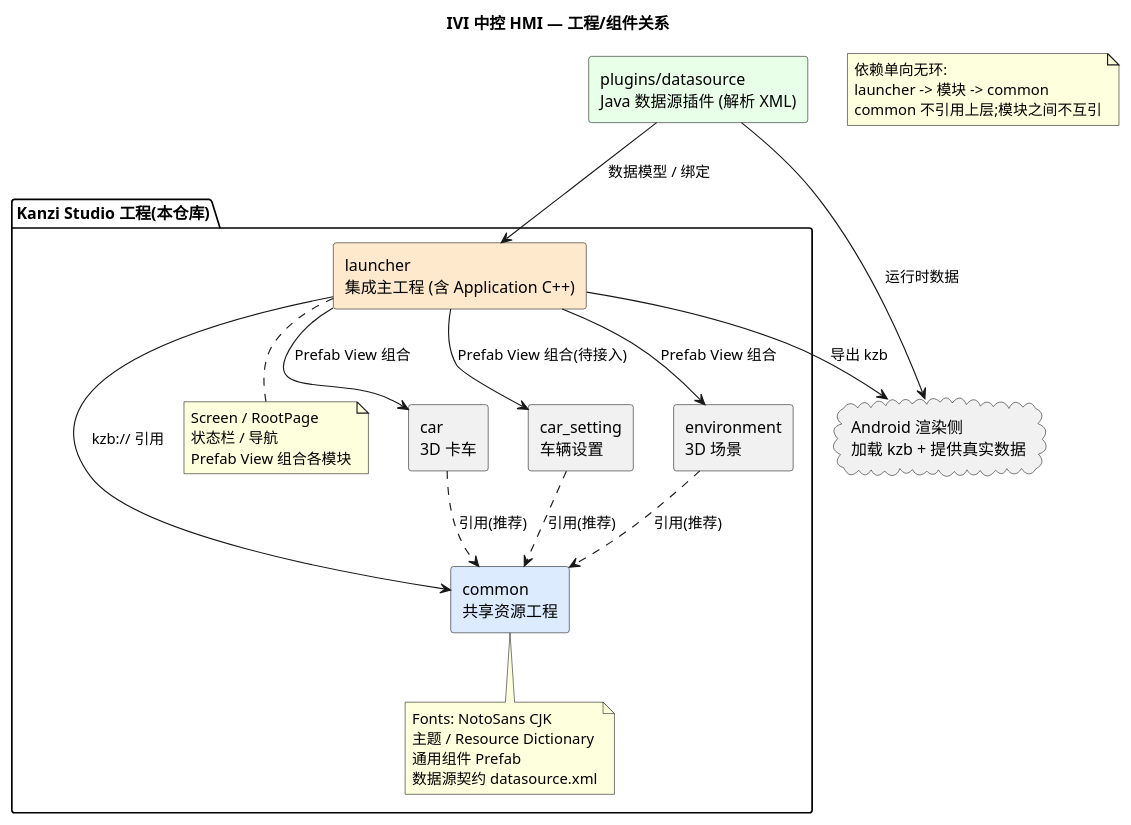
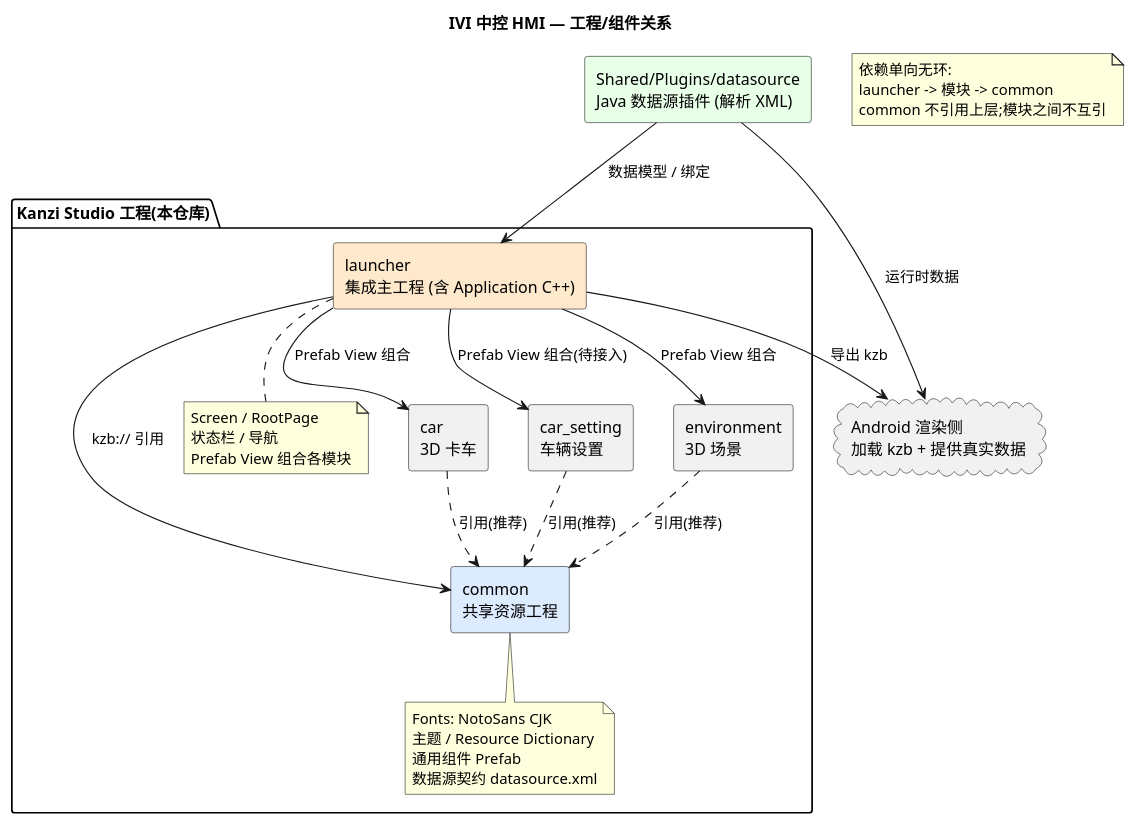
The diagram in docs/diagrams/architecture-overview.puml (ganlong-2016/kanzi_project), drawn with PlantUML before and after one commit. The commit also changed 35 other files, not shown here.

```diff
--- a/docs/diagrams/architecture-overview.puml
+++ b/docs/diagrams/architecture-overview.puml
@@ -1,54 +1,54 @@
 @startuml architecture-overview
 title IVI 中控 HMI — 工程/组件关系
 
 skinparam componentStyle rectangle
 skinparam shadowing false
 skinparam rectangle {
   BorderColor #4D8BFF
 }
 
 package "Kanzi Studio 工程(本仓库)" {
 
   component "common\n共享资源工程" as common #DDEBFF
   note bottom of common
     Fonts: NotoSans CJK
     主题 / Resource Dictionary
     通用组件 Prefab
     数据源契约 datasource.xml
   end note
 
   component "launcher\n集成主工程 (含 Application C++)" as launcher #FFE9CC
   note bottom of launcher
     Screen / RootPage
     状态栏 / 导航
     Prefab View 组合各模块
   end note
 
   component "car\n3D 卡车" as car
   component "car_setting\n车辆设置" as car_setting
   component "environment\n3D 场景" as environment
 }
 
-component "plugins/datasource\nJava 数据源插件 (解析 XML)" as plugin #E8FFE8
+component "Shared/Plugins/datasource\nJava 数据源插件 (解析 XML)" as plugin #E8FFE8
 cloud "Android 渲染侧\n加载 kzb + 提供真实数据" as android
 
 launcher --> common : kzb:// 引用
 car ..> common : 引用(推荐)
 car_setting ..> common : 引用(推荐)
 environment ..> common : 引用(推荐)
 
 launcher --> car : Prefab View 组合
 launcher --> car_setting : Prefab View 组合(待接入)
 launcher --> environment : Prefab View 组合
 
 plugin --> launcher : 数据模型 / 绑定
 launcher --> android : 导出 kzb
 plugin --> android : 运行时数据
 
 note as N1
   依赖单向无环:
   launcher -> 模块 -> common
   common 不引用上层;模块之间不互引
 end note
 
 @enduml
```
